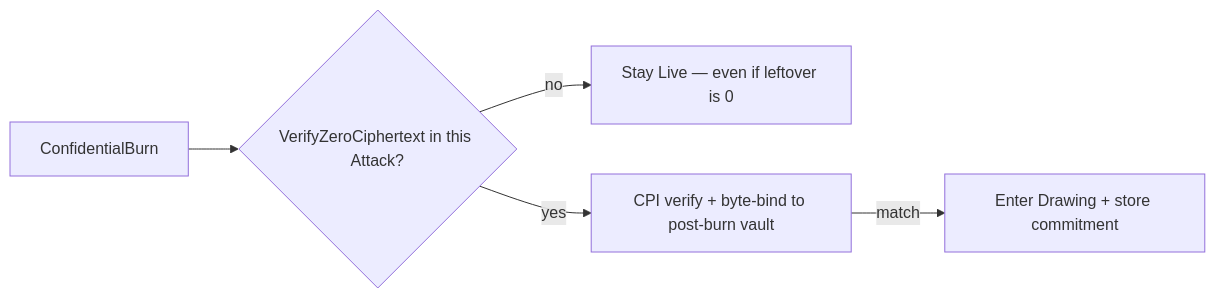
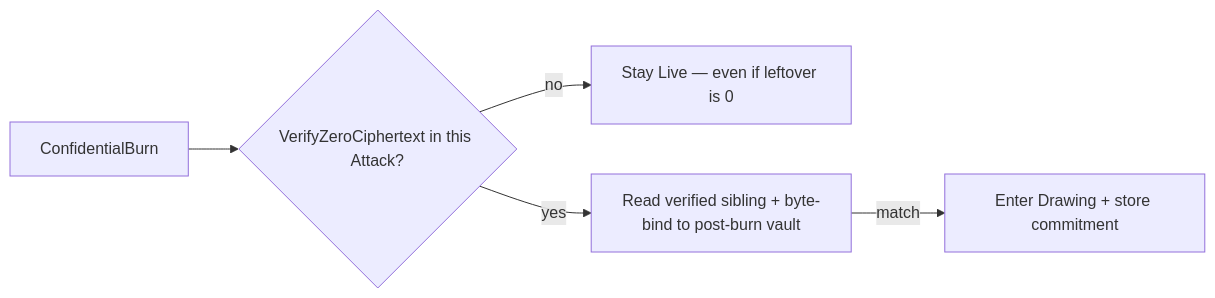
The third of 3 diagrams in docs/confidential-balances.md (kilogold/confidential-pinata), drawn with Mermaid before and after one commit. The commit also changed other lines of this file and 43 other files, not shown here.

````diff
--- a/docs/confidential-balances.md
+++ b/docs/confidential-balances.md
@@ -84,7 +84,7 @@
 ```mermaid
 flowchart LR
   burn[ConfidentialBurn] --> proof{VerifyZeroCiphertext in this Attack?}
   proof -->|no| live[Stay Live — even if leftover is 0]
-  proof -->|yes| bind[CPI verify + byte-bind to post-burn vault]
+  proof -->|yes| bind[Read verified sibling + byte-bind to post-burn vault]
   bind -->|match| drawing[Enter Drawing + store commitment]
 ```
````
